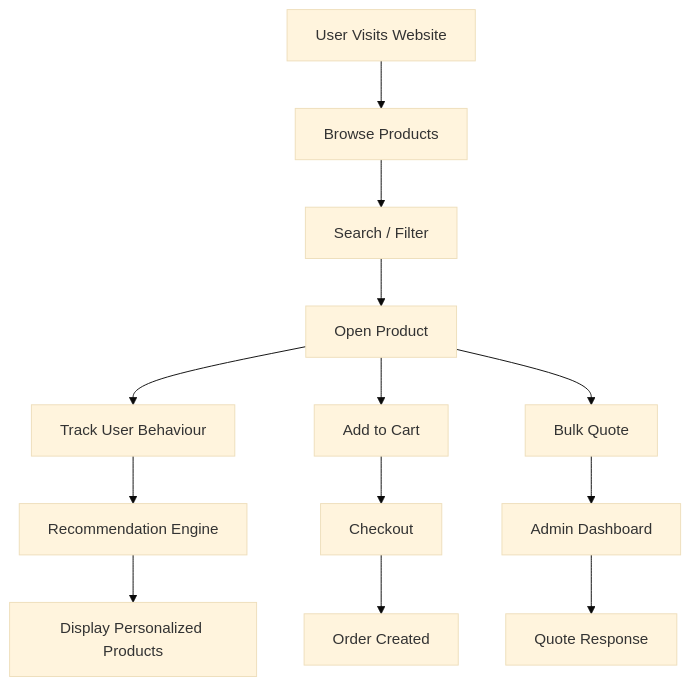
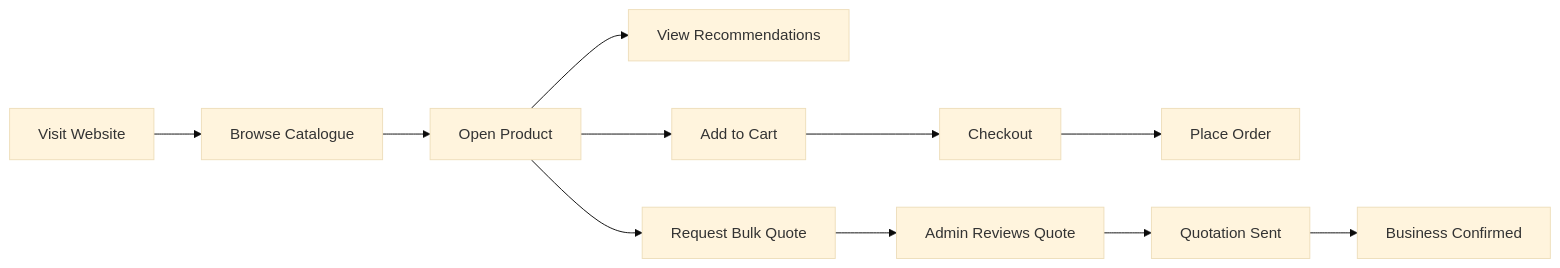
Before and after one commit to dishi575/shaukin-garments: the second of 2 diagrams in README.md, drawn with Mermaid (base theme). The commit also changed other lines of this file, not shown here.

````diff
--- a/README.md
+++ b/README.md
@@ -367,30 +252,25 @@
 ```mermaid
-flowchart TD
+flowchart LR
 
-A[User Visits Website]
+A["Visit Website"]
 
-A --> B[Browse Products]
+--> B["Browse Catalogue"]
 
-B --> C[Search / Filter]
+--> C["Open Product"]
 
-C --> D[Open Product]
+C --> D["View Recommendations"]
 
-D --> E[Track User Behaviour]
+C --> E["Add to Cart"]
 
-E --> F[Recommendation Engine]
+E --> F["Checkout"]
 
-F --> G[Display Personalized Products]
+F --> G["Place Order"]
 
-D --> H[Add to Cart]
+C --> H["Request Bulk Quote"]
 
-H --> I[Checkout]
+H --> I["Admin Reviews Quote"]
 
-I --> J[Order Created]
+I --> J["Quotation Sent"]
 
-D --> K[Bulk Quote]
-
-K --> L[Admin Dashboard]
-
-L --> M[Quote Response]
-
+J --> K["Business Confirmed"]
 ```
````
